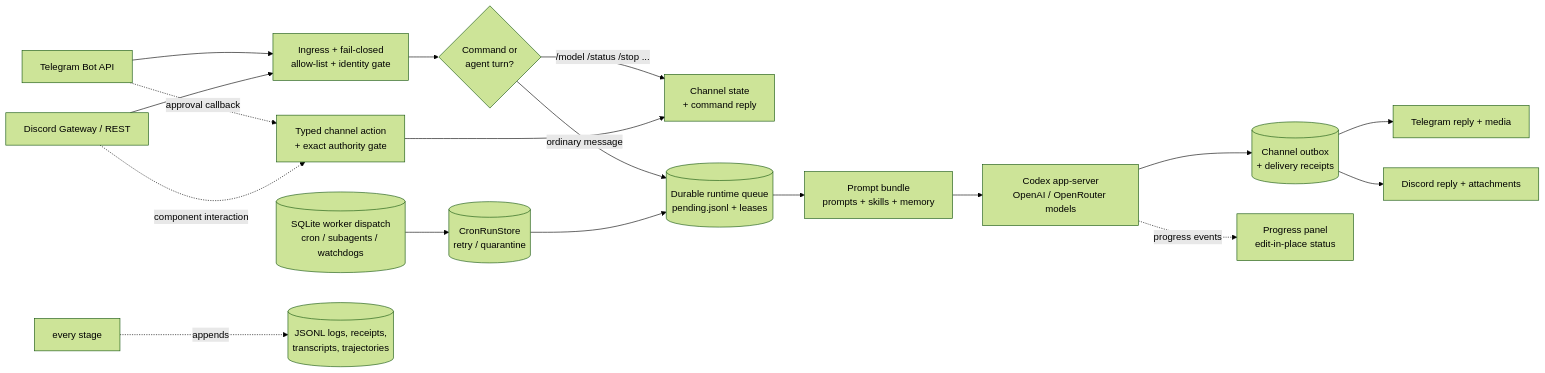
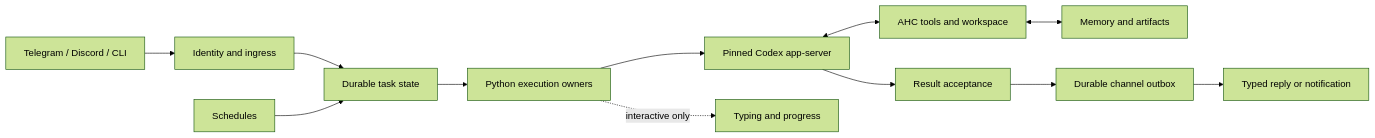
The diagram in README.md (phenomenoner/agent-harness-core), drawn with Mermaid (forest theme) before and after one commit. The commit also changed other lines of this file and 1063 other files, not shown here.

````diff
--- a/README.md
+++ b/README.md
@@ -71,20 +28,14 @@
 ```mermaid
 flowchart LR
-    TG[Telegram Bot API] --> IN
-    DC[Discord Gateway / REST] --> IN
-    IN[Ingress + fail-closed\nallow-list + identity gate] --> CMD{Command or\nagent turn?}
-    CMD -- "/model /status /stop ..." --> ST[Channel state\n+ command reply]
-    TG -.approval callback.-> ACT[Typed channel action\n+ exact authority gate]
-    DC -.component interaction.-> ACT
-    ACT --> ST
-    CMD -- ordinary message --> Q[(Durable runtime queue\npending.jsonl + leases)]
-    Q --> PB[Prompt bundle\nprompts + skills + memory]
-    PB --> CX[Codex app-server\nOpenAI / OpenRouter models]
-    CX --> OUT[(Channel outbox\n+ delivery receipts)]
-    OUT --> TG2[Telegram reply + media]
-    OUT --> DC2[Discord reply + attachments]
-    CX -.progress events.-> PR[Progress panel\nedit-in-place status]
-    W[(SQLite worker dispatch\ncron / subagents / watchdogs)] --> CR[(CronRunStore\nretry / quarantine)]
-    CR --> Q
-    ALL[every stage] -.appends.-> LOG[(JSONL logs, receipts,\ntranscripts, trajectories)]
+    C[Telegram / Discord / CLI] --> I[Identity and ingress]
+    I --> T[Durable task state]
+    S[Schedules] --> T
+    T --> F[Python execution owners]
+    F --> B[Pinned Codex app-server]
+    B <--> W[AHC tools and workspace]
+    W <--> M[Memory and artifacts]
+    B --> R[Result acceptance]
+    R --> O[Durable channel outbox]
+    O --> N[Typed reply or notification]
+    F -. interactive only .-> P[Typing and progress]
 ```
````
